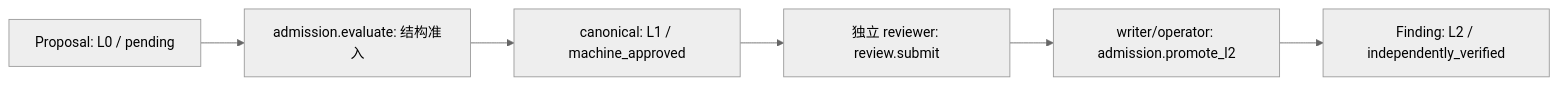
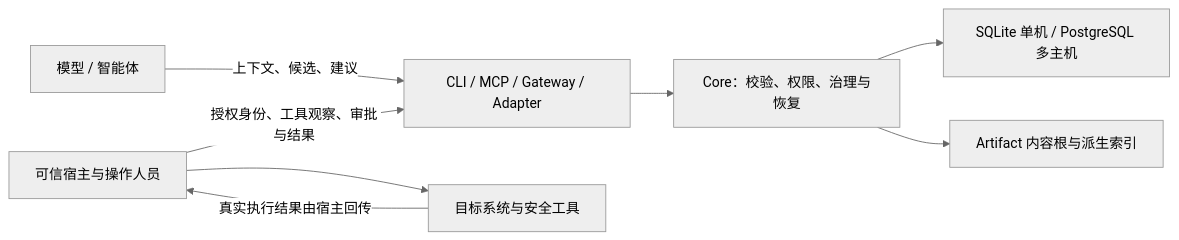
One commit to m-sec-org/Taric changed the diagram in docs/taric-design.md. Above: the diagram before and after it, drawn with Mermaid (neutral theme). The commit also changed other lines of this file and 132 other files, not shown here.

````diff
--- a/docs/taric-design.md
+++ b/docs/taric-design.md
@@ -84,8 +11,10 @@
 ```mermaid
 flowchart LR
-    P[Proposal: L0 / pending] --> A[admission.evaluate: 结构准入]
-    A --> C[canonical: L1 / machine_approved]
-    C --> R[独立 reviewer: review.submit]
-    R --> G[writer/operator: admission.promote_l2]
-    G --> V[Finding: L2 / independently_verified]
+  A[模型 / 智能体] -->|上下文、候选、建议| T[CLI / MCP / Gateway / Adapter]
+  H[可信宿主与操作人员] -->|授权身份、工具观察、审批与结果| T
+  T --> C[Core：校验、权限、治理与恢复]
+  C --> S[SQLite 单机 / PostgreSQL 多主机]
+  C --> F[Artifact 内容根与派生索引]
+  H --> X[目标系统与安全工具]
+  X -->|真实执行结果由宿主回传| H
 ```
````
